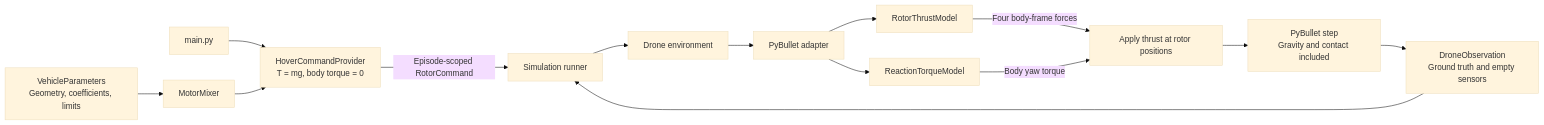
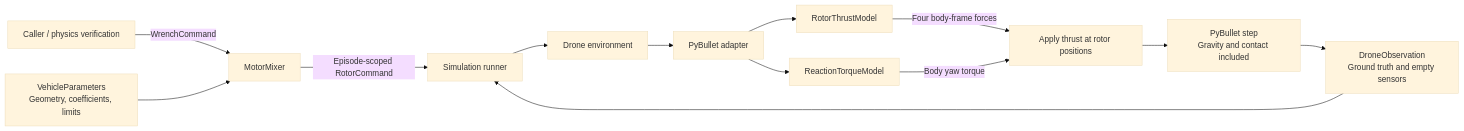
The diagram in docs/design/rotor-forces-and-hover.md (mayaboker/bullet_drone), drawn with Mermaid (base theme) before and after one commit. The commit also changed other lines of this file and 38 other files, not shown here.

````diff
--- a/docs/design/rotor-forces-and-hover.md
+++ b/docs/design/rotor-forces-and-hover.md
@@ -18,16 +18,15 @@
 ```mermaid
 flowchart LR
-    Main["main.py"] --> Provider["HoverCommandProvider\nT = mg, body torque = 0"]
-    Vehicle["VehicleParameters\nGeometry, coefficients, limits"] --> Mixer["MotorMixer"]
-    Mixer --> Provider
-    Provider -->|Episode-scoped RotorCommand| Runner["Simulation runner"]
+    Caller["Caller / physics verification"] -->|WrenchCommand| Mixer["MotorMixer"]
+    Vehicle["VehicleParameters\nGeometry, coefficients, limits"] --> Mixer
+    Mixer -->|Episode-scoped RotorCommand| Runner["Simulation runner"]
     Runner --> Env["Drone environment"]
     Env --> Physics["PyBullet adapter"]
     Physics --> Thrust["RotorThrustModel"]
     Physics --> Reaction["ReactionTorqueModel"]
     Thrust -->|Four body-frame forces| Apply["Apply thrust at rotor positions"]
     Reaction -->|Body yaw torque| Apply
     Apply --> Step["PyBullet step\nGravity and contact included"]
     Step --> Observation["DroneObservation\nGround truth and empty sensors"]
     Observation --> Runner
 ```
````
